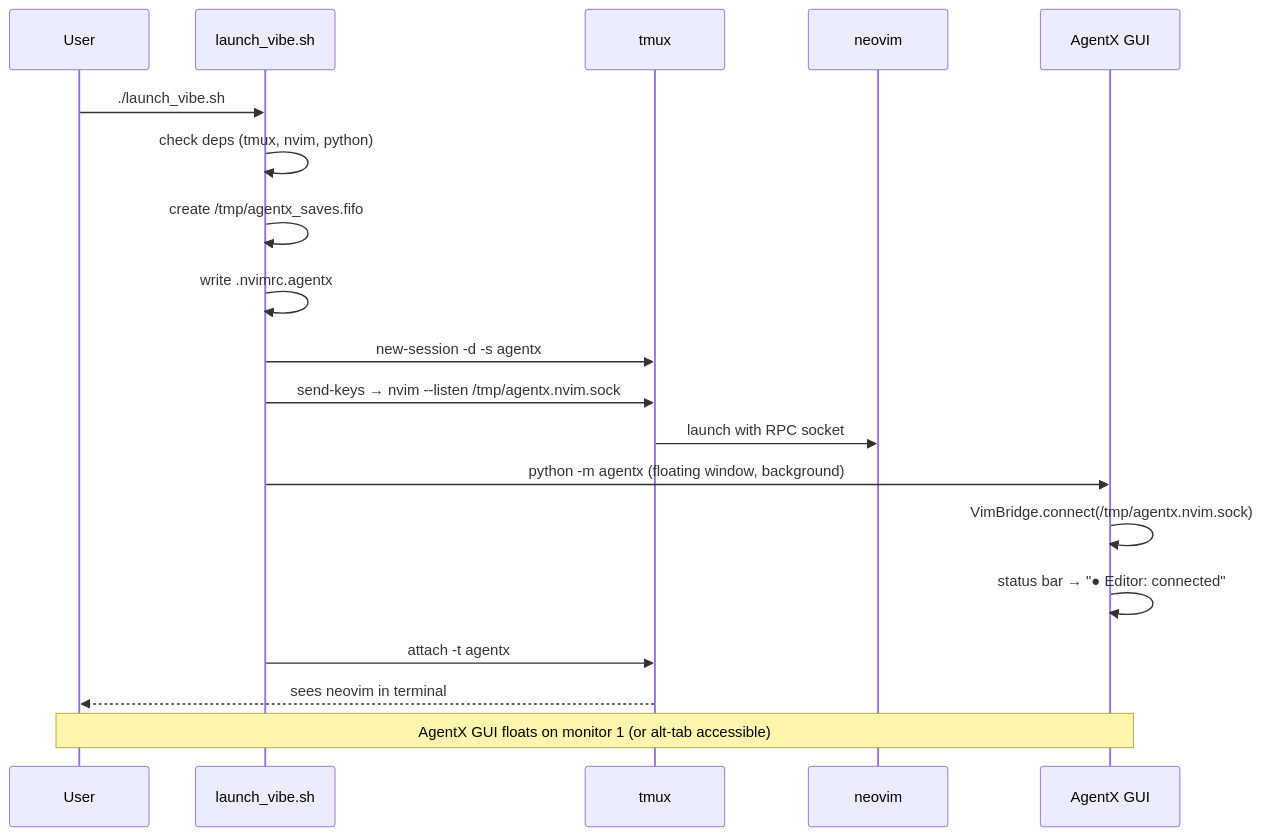
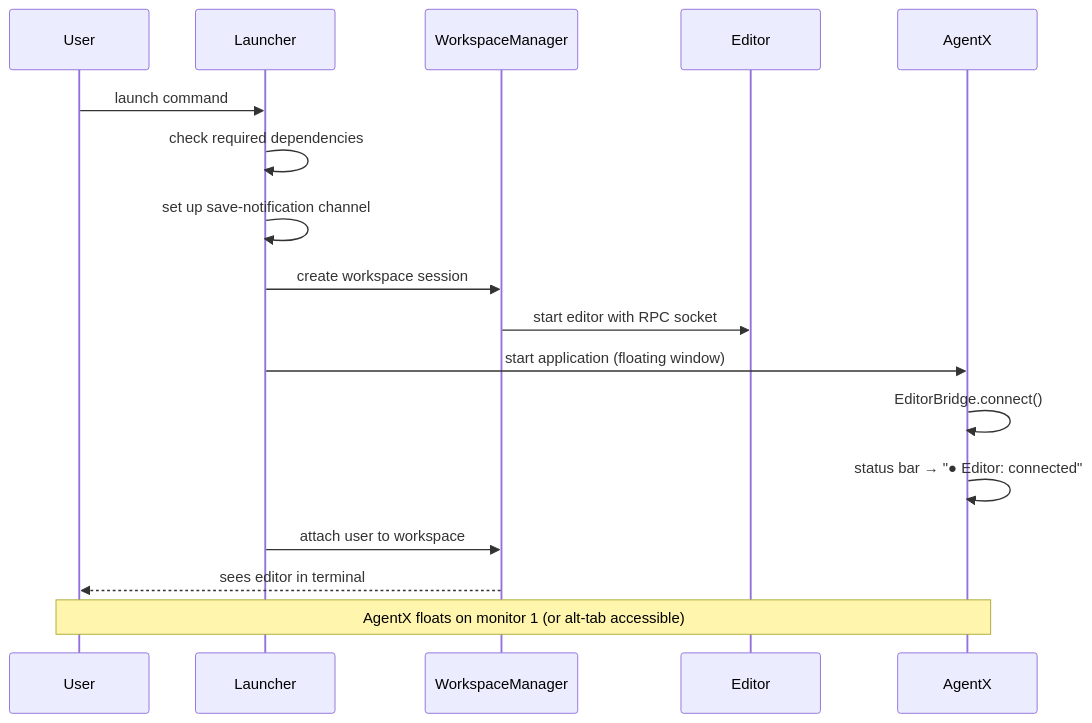
One commit to matthewapeters/agentX changed the first of 11 diagrams in docs/ux/05_VIBE_CODING.md. Above: the diagram before and after it, drawn with Mermaid. The commit also changed other lines of this file and 336 other files, not shown here.

````diff
--- a/docs/ux/05_VIBE_CODING.md
+++ b/docs/ux/05_VIBE_CODING.md
@@ -470,22 +53,20 @@
 ```mermaid
 sequenceDiagram
     participant User
-    participant Script as launch_vibe.sh
-    participant Tmux as tmux
-    participant Nvim as neovim
-    participant AgentX as AgentX GUI
+    participant Launcher
+    participant WorkspaceManager
+    participant Editor
+    participant AgentX
 
-    User->>Script: ./launch_vibe.sh
-    Script->>Script: check deps (tmux, nvim, python)
-    Script->>Script: create /tmp/agentx_saves.fifo
-    Script->>Script: write .nvimrc.agentx
-    Script->>Tmux: new-session -d -s agentx
-    Script->>Tmux: send-keys → nvim --listen /tmp/agentx.nvim.sock
-    Tmux->>Nvim: launch with RPC socket
-    Script->>AgentX: python -m agentx (floating window, background)
-    AgentX->>AgentX: VimBridge.connect(/tmp/agentx.nvim.sock)
+    User->>Launcher: launch command
+    Launcher->>Launcher: check required dependencies
+    Launcher->>Launcher: set up save-notification channel
+    Launcher->>WorkspaceManager: create workspace session
+    WorkspaceManager->>Editor: start editor with RPC socket
+    Launcher->>AgentX: start application (floating window)
+    AgentX->>AgentX: EditorBridge.connect()
     AgentX->>AgentX: status bar → "● Editor: connected"
-    Script->>Tmux: attach -t agentx
-    Tmux-->>User: sees neovim in terminal
-    Note over User,AgentX: AgentX GUI floats on monitor 1 (or alt-tab accessible)
+    Launcher->>WorkspaceManager: attach user to workspace
+    WorkspaceManager-->>User: sees editor in terminal
+    Note over User,AgentX: AgentX floats on monitor 1 (or alt-tab accessible)
 ```
````
